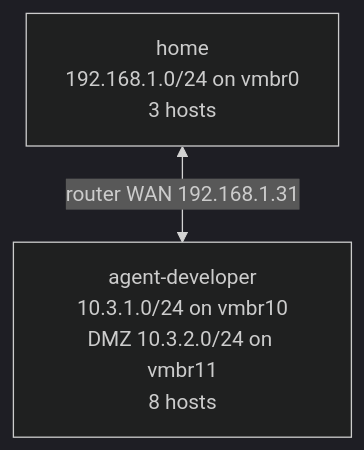
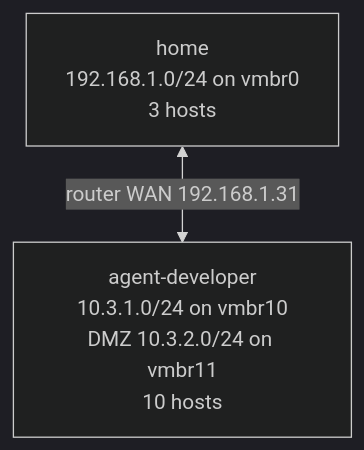
Before and after one commit to mwgolden/nixos: the diagram in docs/network-diagrams/README.md, drawn with Mermaid (dark theme). The commit also changed other lines of this file and 21 other files, not shown here.

````diff
--- a/docs/network-diagrams/README.md
+++ b/docs/network-diagrams/README.md
@@ -10,6 +10,6 @@
 ```mermaid
 flowchart TB
-    n_agent_developer["agent-developer<br/>10.3.1.0/24 on vmbr10<br/>DMZ 10.3.2.0/24 on vmbr11<br/>8 hosts"]
+    n_agent_developer["agent-developer<br/>10.3.1.0/24 on vmbr10<br/>DMZ 10.3.2.0/24 on vmbr11<br/>10 hosts"]
     n_home["home<br/>192.168.1.0/24 on vmbr0<br/>3 hosts"]
     n_home <-->|"router WAN 192.168.1.31"| n_agent_developer
 ```
````
